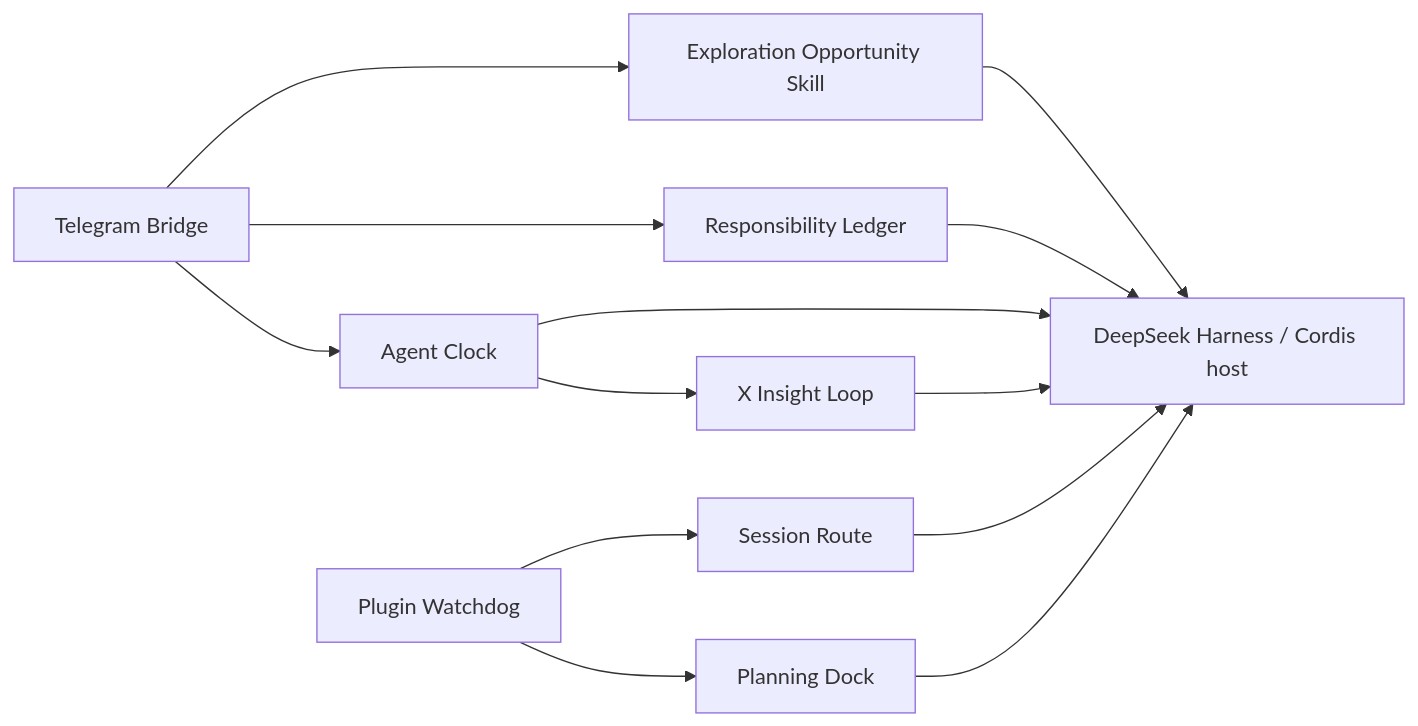
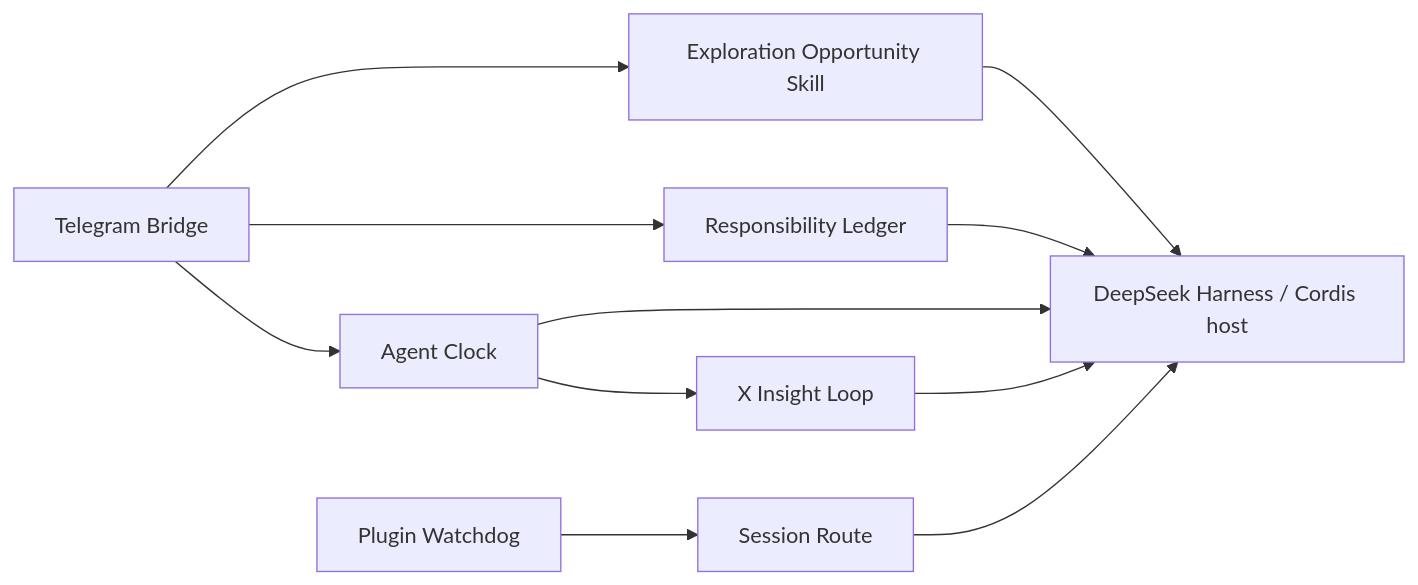
Before and after one commit to HYBB-rash/dsh-plugins: the diagram in README.en.md, drawn with Mermaid. The commit also changed other lines of this file and 17 other files, not shown here.

````diff
--- a/README.en.md
+++ b/README.en.md
@@ -24,15 +23,13 @@
 ```mermaid
 flowchart LR
   TG[Telegram Bridge] --> A[Responsibility Ledger]
   TG --> C[Agent Clock]
   C --> X[X Insight Loop]
   TG --> E[Exploration Opportunity Skill]
   E --> DSH
   A --> DSH[DeepSeek Harness / Cordis host]
   C --> DSH
   X --> DSH
   R[Session Route] --> DSH
   W[Plugin Watchdog] --> R
-  W --> P[Planning Dock]
-  P --> DSH
 ```
````
